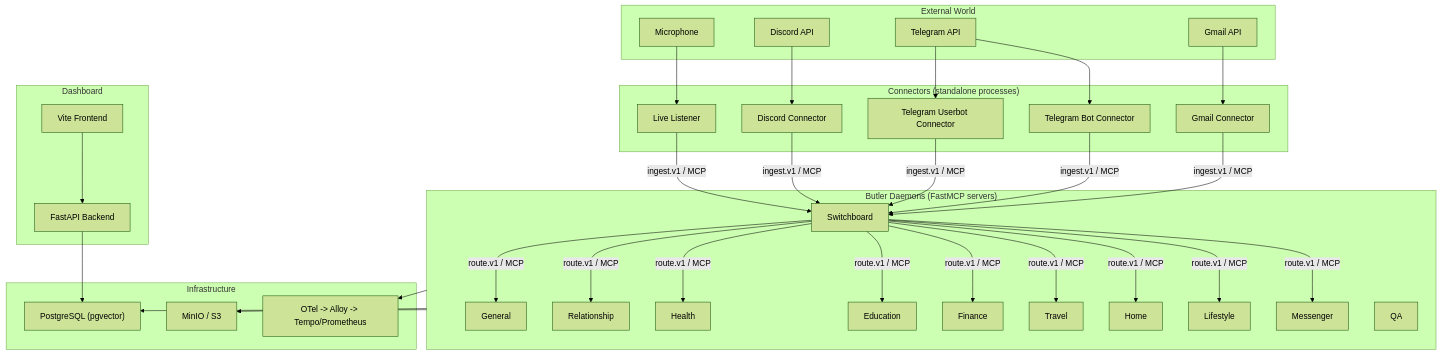
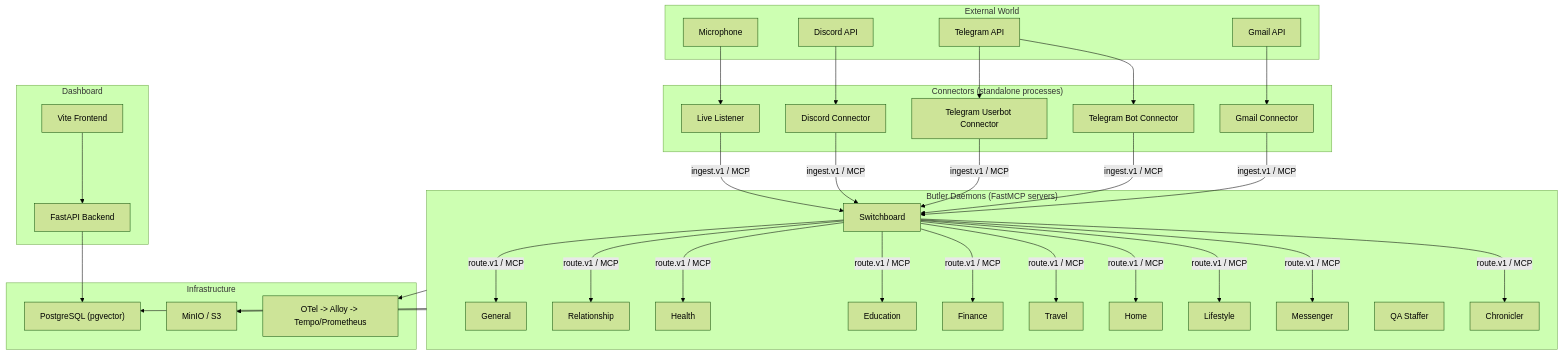
Before and after one commit to Tzeusy/butlers: the diagram in about/lay-and-land/components.md, drawn with Mermaid (forest theme). The commit also changed other lines of this file, not shown here.

First line of the commit message:
docs(lay-and-land): refresh components.md for Chronicler, QA staffer, runtime_config [bu-mp127]

````diff
--- a/about/lay-and-land/components.md
+++ b/about/lay-and-land/components.md
@@ -9,70 +9,72 @@
 ```mermaid
 graph TB
     subgraph External["External World"]
         Gmail["Gmail API"]
         TG["Telegram API"]
         Discord["Discord API"]
         Mic["Microphone"]
     end
 
     subgraph Connectors["Connectors (standalone processes)"]
         GmailC["Gmail Connector"]
         TGBot["Telegram Bot Connector"]
         TGUser["Telegram Userbot Connector"]
         DiscordC["Discord Connector"]
         LiveL["Live Listener"]
     end
 
     subgraph Core["Butler Daemons (FastMCP servers)"]
         SW["Switchboard"]
         GEN["General"]
         REL["Relationship"]
         HLT["Health"]
         EDU["Education"]
         FIN["Finance"]
         TRV["Travel"]
         HOM["Home"]
         LIF["Lifestyle"]
         MSG["Messenger"]
-        QA["QA"]
+        QA["QA Staffer"]
+        CHR["Chronicler"]
     end
 
     subgraph Infra["Infrastructure"]
         PG["PostgreSQL (pgvector)"]
         S3["MinIO / S3"]
         OTel["OTel -> Alloy -> Tempo/Prometheus"]
     end
 
     subgraph UI["Dashboard"]
         API["FastAPI Backend"]
         Vite["Vite Frontend"]
     end
 
     Gmail --> GmailC
     TG --> TGBot
     TG --> TGUser
     Discord --> DiscordC
     Mic --> LiveL
 
     GmailC -- "ingest.v1 / MCP" --> SW
     TGBot -- "ingest.v1 / MCP" --> SW
     TGUser -- "ingest.v1 / MCP" --> SW
     DiscordC -- "ingest.v1 / MCP" --> SW
     LiveL -- "ingest.v1 / MCP" --> SW
 
     SW -- "route.v1 / MCP" --> GEN
     SW -- "route.v1 / MCP" --> REL
     SW -- "route.v1 / MCP" --> HLT
     SW -- "route.v1 / MCP" --> EDU
     SW -- "route.v1 / MCP" --> FIN
     SW -- "route.v1 / MCP" --> TRV
     SW -- "route.v1 / MCP" --> HOM
     SW -- "route.v1 / MCP" --> LIF
     SW -- "route.v1 / MCP" --> MSG
+    SW -- "route.v1 / MCP" --> CHR
 
     Core --> PG
     Core --> S3
     Core --> OTel
     API --> PG
     Vite --> API
 ```
````
